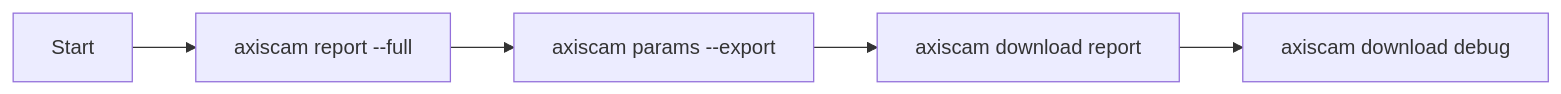
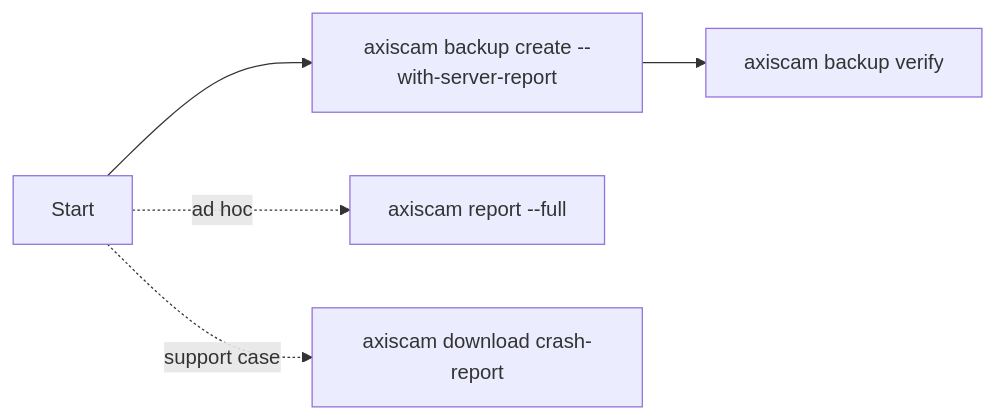
Before and after one commit to NetDevAutomate/axiscam: diagram 15 of 15 in docs/cli-reference.md, drawn with Mermaid. The commit also changed other lines of this file and 5 other files, not shown here.

````diff
--- a/docs/cli-reference.md
+++ b/docs/cli-reference.md
@@ -818,7 +871,7 @@
 ```mermaid
 flowchart LR
-    START[Start] --> REPORT[axiscam report --full]
-    REPORT --> PARAMS[axiscam params --export]
-    PARAMS --> DOWNLOAD[axiscam download report]
-    DOWNLOAD --> DEBUG[axiscam download debug]
+    START[Start] --> BACKUP["axiscam backup create --with-server-report"]
+    BACKUP --> VERIFY[axiscam backup verify]
+    START -.ad hoc.-> REPORT[axiscam report --full]
+    START -.support case.-> CRASH[axiscam download crash-report]
 ```
````
